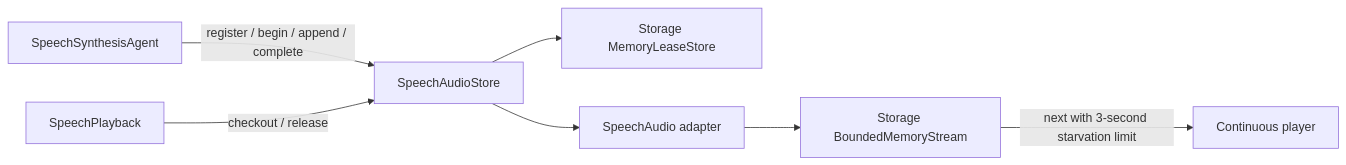
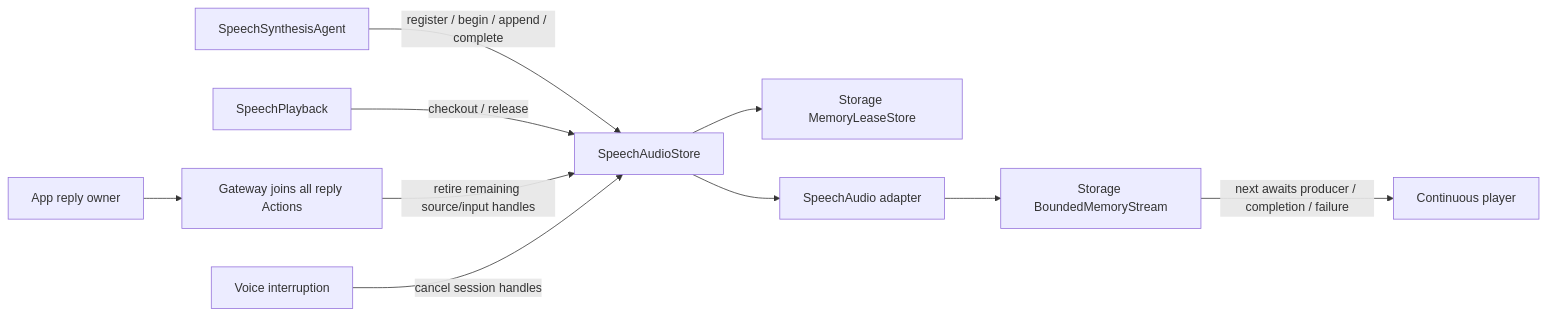
The diagram in MobileHarness/Storage/Audio/README.md (devilyouwei/MobileHarness), drawn with Mermaid before and after one commit. The commit also changed other lines of this file and 118 other files, not shown here.

````diff
--- a/MobileHarness/Storage/Audio/README.md
+++ b/MobileHarness/Storage/Audio/README.md
@@ -15,9 +15,12 @@
 ```mermaid
 flowchart LR
     Agent[SpeechSynthesisAgent] -->|register / begin / append / complete| Adapter[SpeechAudioStore]
     Adapter --> Handles[Storage MemoryLeaseStore]
     Adapter --> Audio[SpeechAudio adapter]
     Audio --> Stream[Storage BoundedMemoryStream]
     Action[SpeechPlayback] -->|checkout / release| Adapter
-    Stream -->|next with 3-second starvation limit| Player[Continuous player]
+    Reply[App reply owner] --> Barrier[Gateway joins all reply Actions]
+    Barrier -->|retire remaining source/input handles| Adapter
+    Stop[Voice interruption] -->|cancel session handles| Adapter
+    Stream -->|next awaits producer / completion / failure| Player[Continuous player]
 ```
````
